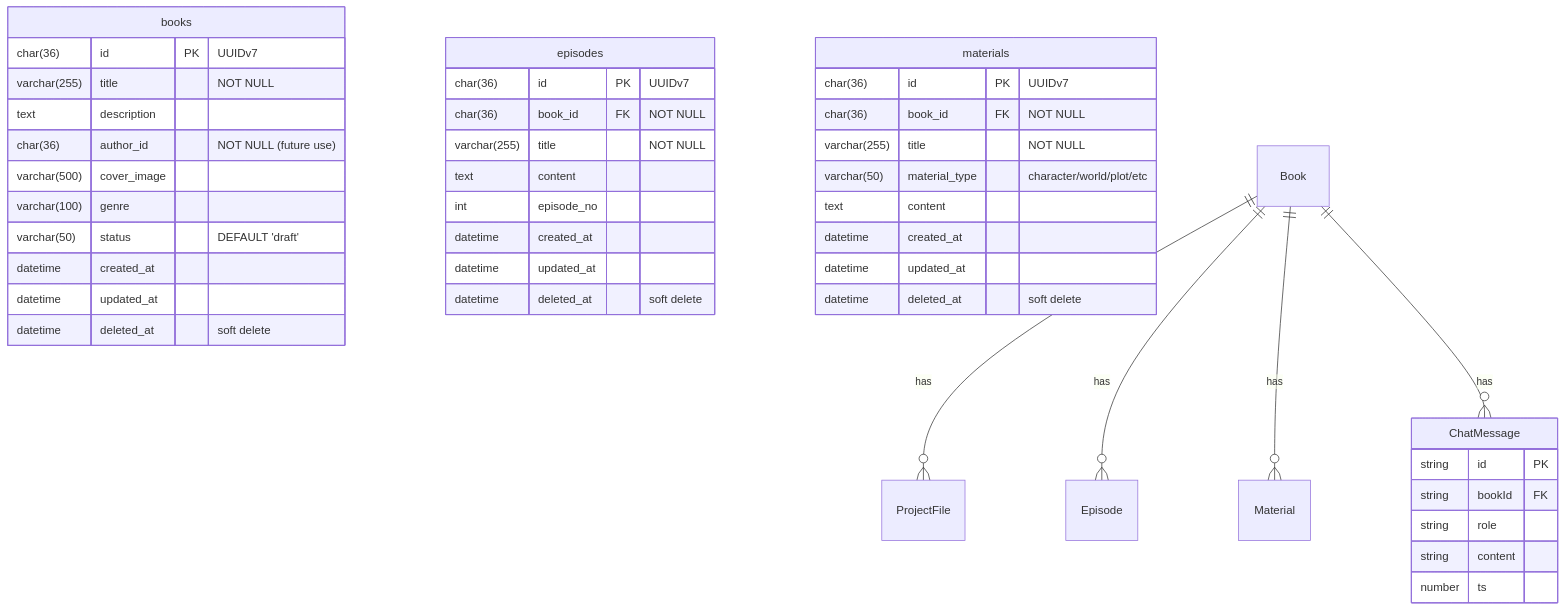
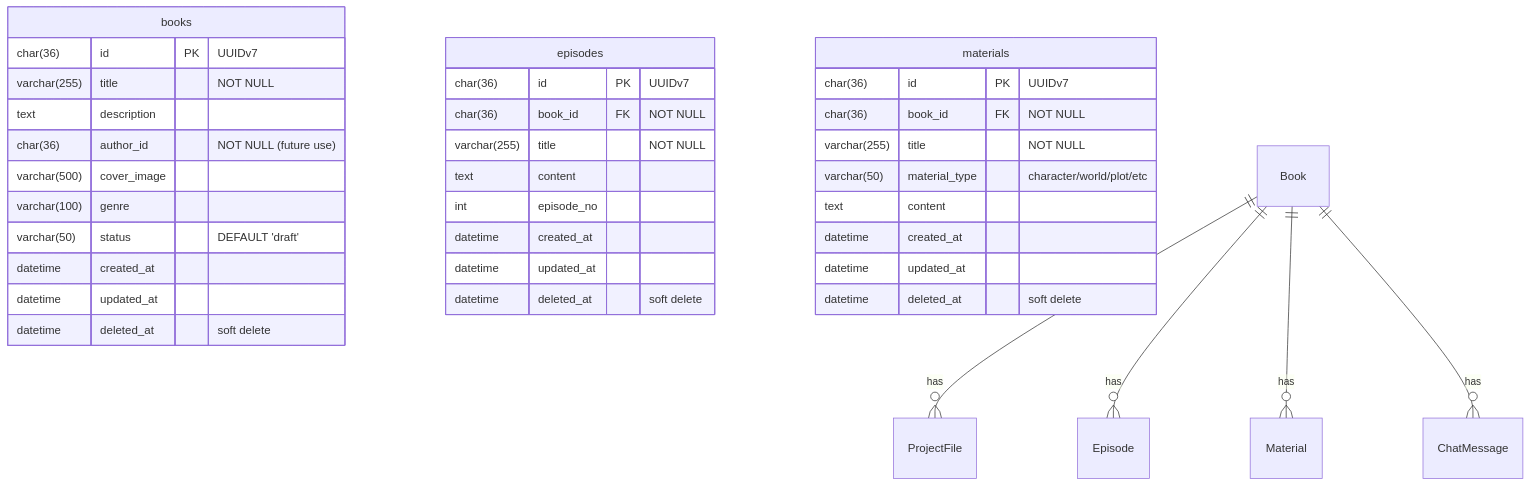
One commit to ray03j/openapi-challecara changed the diagram in er_diagram.md. Above: the diagram before and after it, drawn with Mermaid.

Commit message:
delete: ChatMessage

````diff
--- a/er_diagram.md
+++ b/er_diagram.md
@@ -1,51 +1,44 @@
 ```mermaid
 erDiagram
     books {
         char(36) id PK "UUIDv7"
         varchar(255) title "NOT NULL"
         text description
         char(36) author_id "NOT NULL (future use)"
         varchar(500) cover_image
         varchar(100) genre
         varchar(50) status "DEFAULT 'draft'"
         datetime created_at
         datetime updated_at
         datetime deleted_at "soft delete"
     }
 
     episodes {
         char(36) id PK "UUIDv7"
         char(36) book_id FK "NOT NULL"
         varchar(255) title "NOT NULL"
         text content
         int episode_no
         datetime created_at
         datetime updated_at
         datetime deleted_at "soft delete"
     }
 
     materials {
         char(36) id PK "UUIDv7"
         char(36) book_id FK "NOT NULL"
         varchar(255) title "NOT NULL"
         varchar(50) material_type "character/world/plot/etc"
         text content
         datetime created_at
         datetime updated_at
         datetime deleted_at "soft delete"
     }
 
-    ChatMessage {
-        string id PK
-        string bookId FK
-        string role
-        string content
-        number ts
-    }
 
     Book ||--o{ ProjectFile : has
     Book ||--o{ Episode : has
     Book ||--o{ Material : has
     Book ||--o{ ChatMessage : has
 
 ```
````
